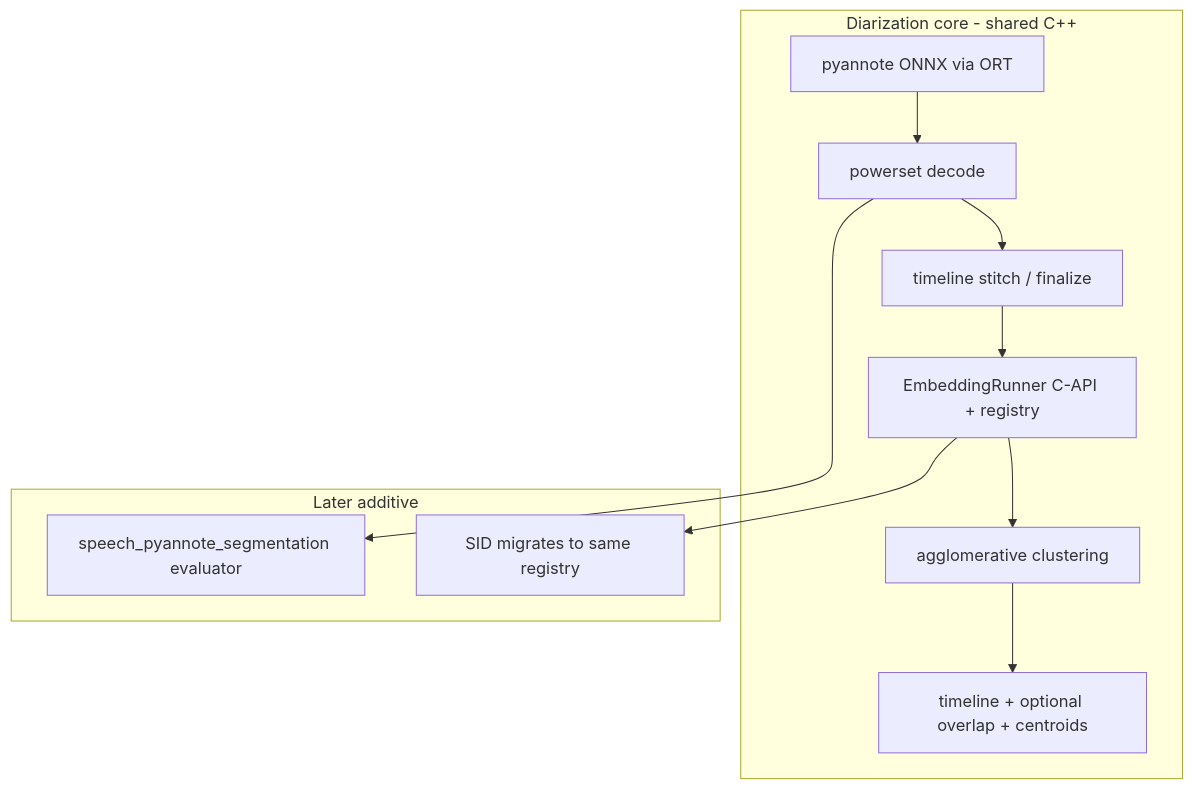
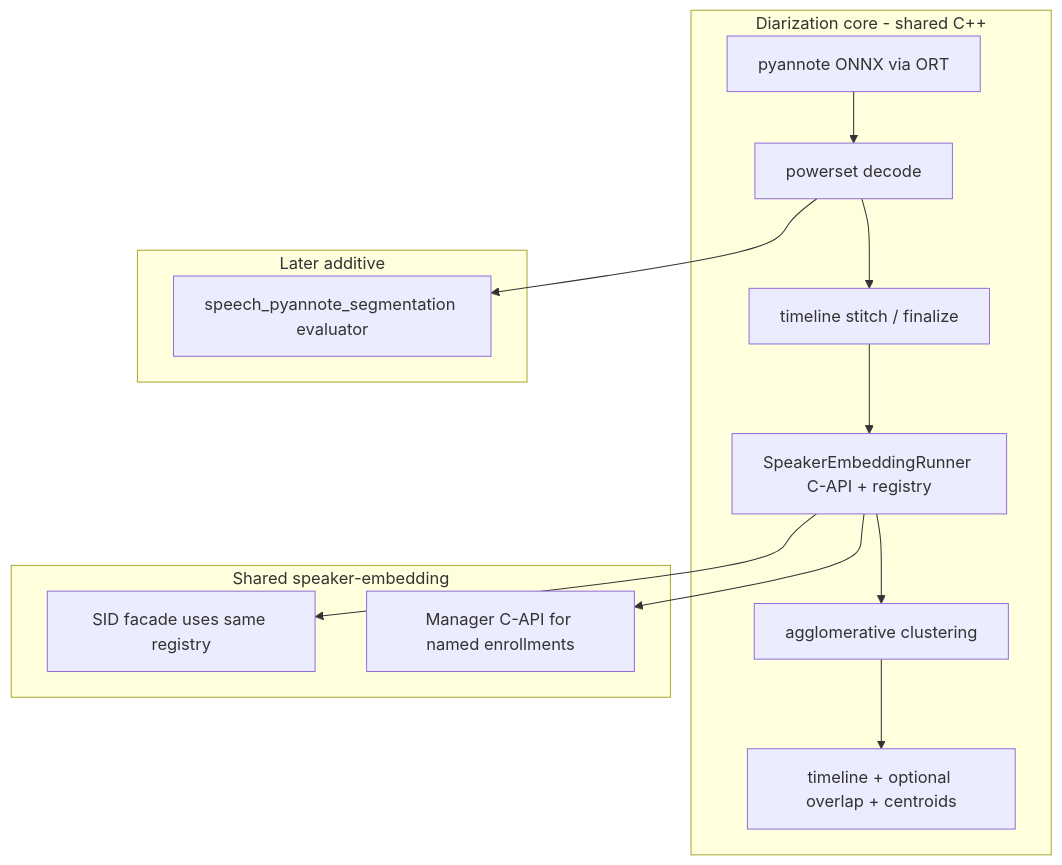
Before and after one commit to XDcobra/react-native-sherpa-onnx: the second of 2 diagrams in docs/internal/speaker-embedding-foundation.md, drawn with Mermaid. The commit also changed other lines of this file and 3 other files, not shown here.

First line of the commit message:
docs(speaker-embedding): record shared migration and SID bridge future work

````diff
--- a/docs/internal/speaker-embedding-foundation.md
+++ b/docs/internal/speaker-embedding-foundation.md
@@ -342,14 +359,17 @@
 ```mermaid
 flowchart TB
   subgraph core [Diarization core - shared C++]
     py["pyannote ONNX via ORT"] --> pow["powerset decode"]
     pow --> tl["timeline stitch / finalize"]
-    tl --> emb["EmbeddingRunner C-API + registry"]
+    tl --> emb["SpeakerEmbeddingRunner C-API + registry"]
     emb --> clus["agglomerative clustering"]
     clus --> out["timeline + optional overlap + centroids"]
   end
+  subgraph sharedEmb [Shared speaker-embedding]
+    emb --> sid["SID facade uses same registry"]
+    emb --> mgr["Manager C-API for named enrollments"]
+  end
   subgraph later [Later additive]
     pow --> segMode["speech_pyannote_segmentation evaluator"]
-    emb --> sidShare["SID migrates to same registry"]
   end
 ```
````
